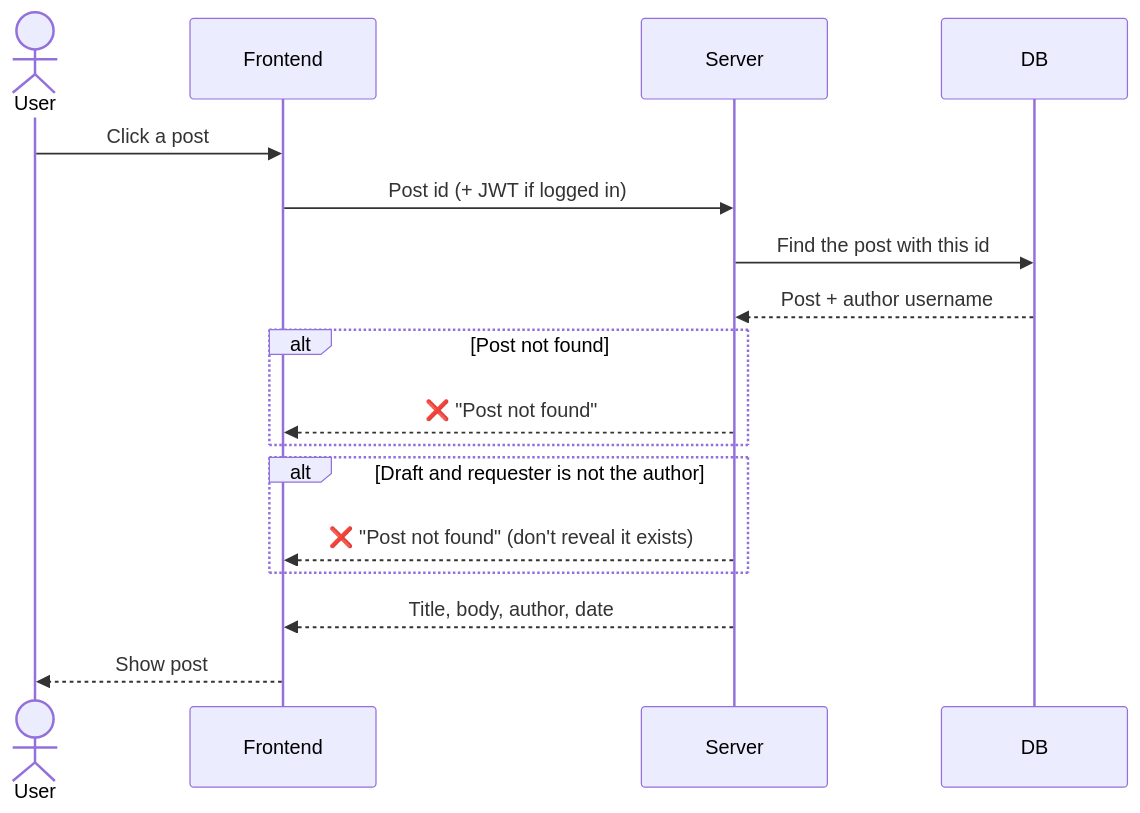
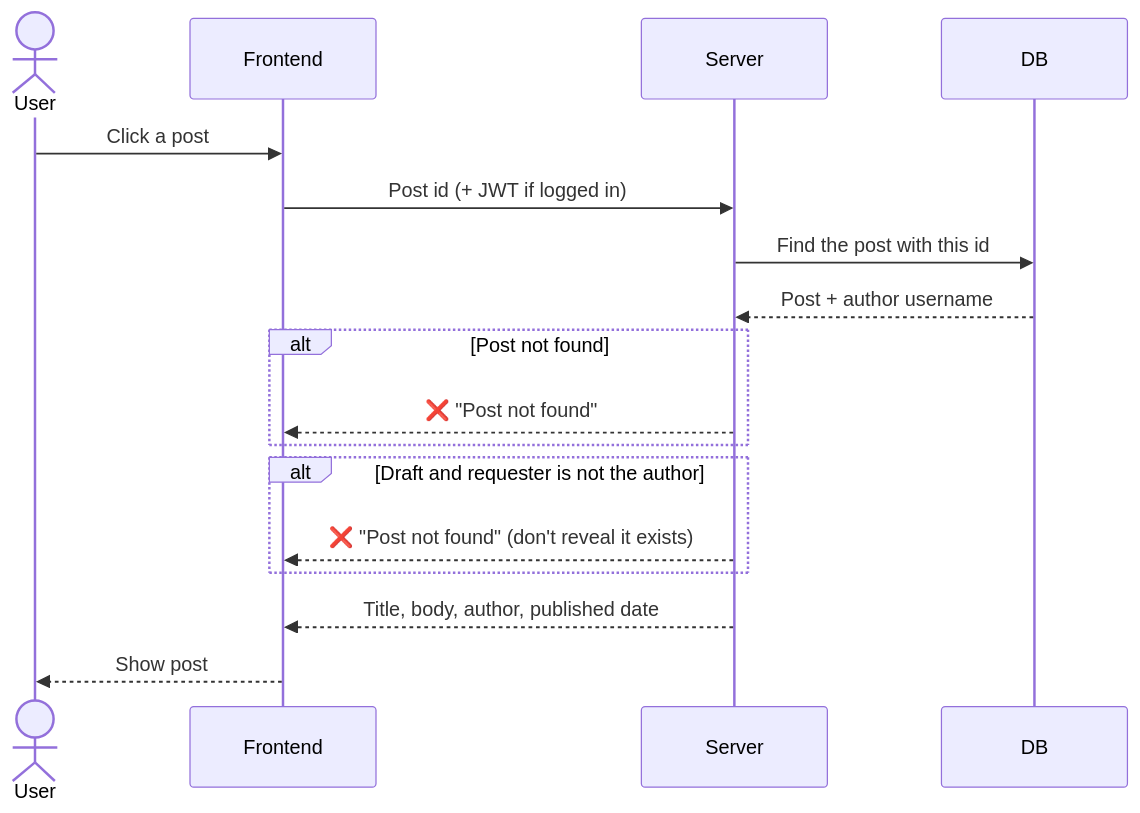
The fifth of 7 diagrams in docs/sequence-diagrams/post.md (yhan0704/blogBackend), drawn with Mermaid before and after one commit. The commit also changed other lines of this file and 2 other files, not shown here.

Commit message:
docs: hide others' drafts everywhere, add my posts, sort by published_at

````diff
--- a/docs/sequence-diagrams/post.md
+++ b/docs/sequence-diagrams/post.md
@@ -128,20 +132,20 @@
 ```mermaid
 sequenceDiagram
     actor User
     participant Frontend
     participant Server
     participant DB
 
     User->>Frontend: Click a post
     Frontend->>Server: Post id (+ JWT if logged in)
     Server->>DB: Find the post with this id
     DB-->>Server: Post + author username
     alt Post not found
         Server-->>Frontend: ❌ "Post not found"
     end
     alt Draft and requester is not the author
         Server-->>Frontend: ❌ "Post not found" (don't reveal it exists)
     end
-    Server-->>Frontend: Title, body, author, date
+    Server-->>Frontend: Title, body, author, published date
     Frontend-->>User: Show post
 ```
````
